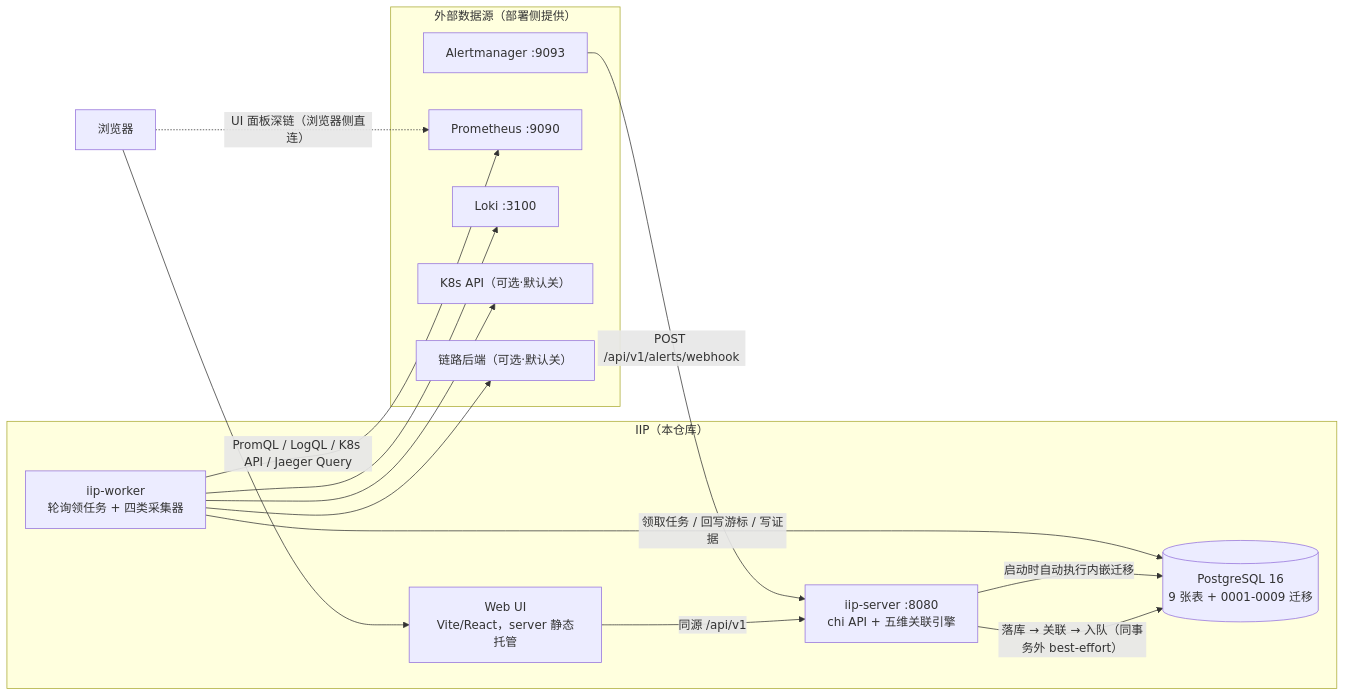
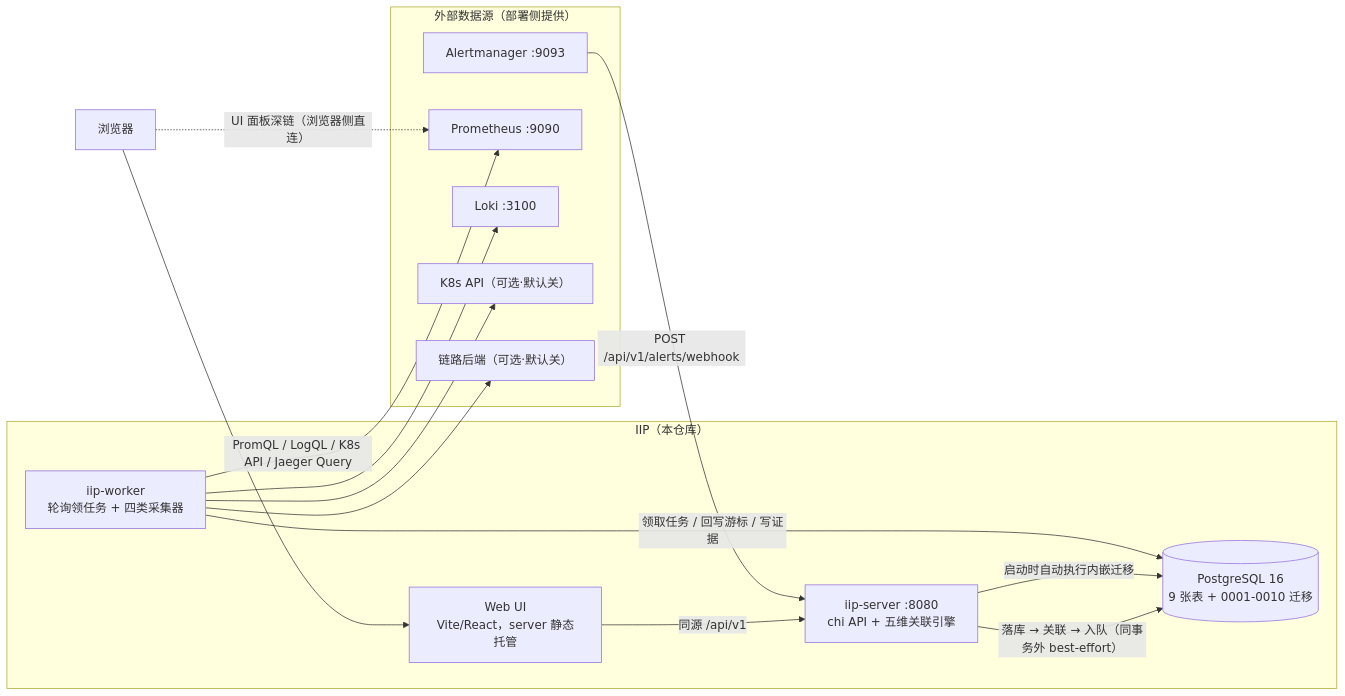
Before and after one commit to GoldY6666/IIP: the diagram in README.md, drawn with Mermaid. The commit also changed 5 other files, not shown here.

````diff
--- a/README.md
+++ b/README.md
@@ -27,29 +27,29 @@
 ```mermaid
 flowchart LR
     subgraph EXT["外部数据源（部署侧提供）"]
         AM["Alertmanager :9093"]
         PROM["Prometheus :9090"]
         LOKI["Loki :3100"]
         K8S["K8s API（可选·默认关）"]
         TRACE["链路后端（可选·默认关）"]
     end
 
     subgraph IIP["IIP（本仓库）"]
         WEB["Web UI<br/>Vite/React，server 静态托管"]
         SRV["iip-server :8080<br/>chi API + 五维关联引擎"]
         WRK["iip-worker<br/>轮询领任务 + 四类采集器"]
-        PG[("PostgreSQL 16<br/>9 张表 + 0001-0009 迁移")]
+        PG[("PostgreSQL 16<br/>9 张表 + 0001-0010 迁移")]
     end
 
     BROWSER["浏览器"] --> WEB
     WEB -->|"同源 /api/v1"| SRV
     AM -->|"POST /api/v1/alerts/webhook"| SRV
     SRV -->|"落库 → 关联 → 入队（同事务外 best-effort）"| PG
     SRV -->|"启动时自动执行内嵌迁移"| PG
     WRK -->|"领取任务 / 回写游标 / 写证据"| PG
     WRK -->|"PromQL / LogQL / K8s API / Jaeger Query"| PROM
     WRK --> LOKI
     WRK --> K8S
     WRK --> TRACE
     BROWSER -.->|"UI 面板深链（浏览器侧直连）"| PROM
 ```
````
